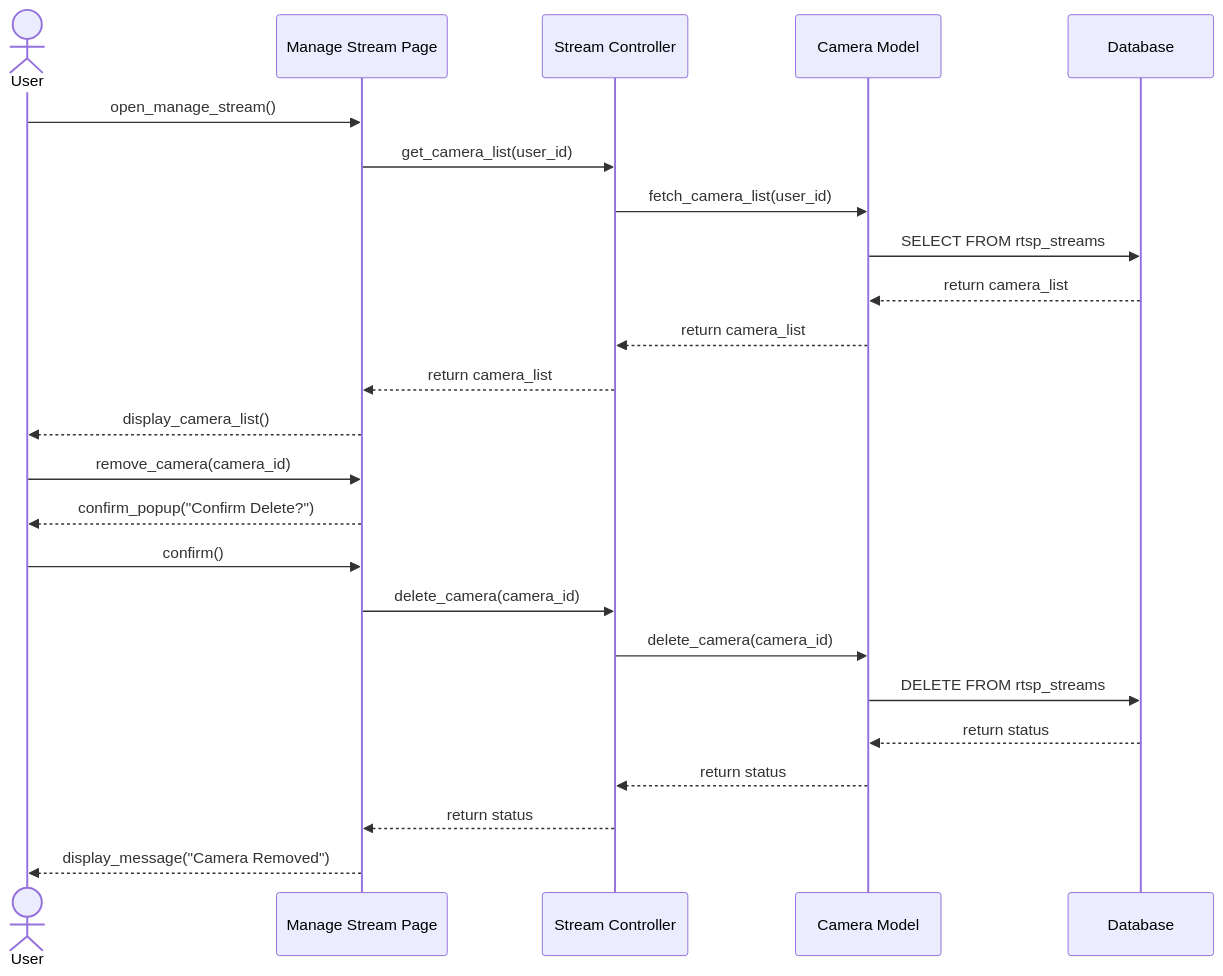
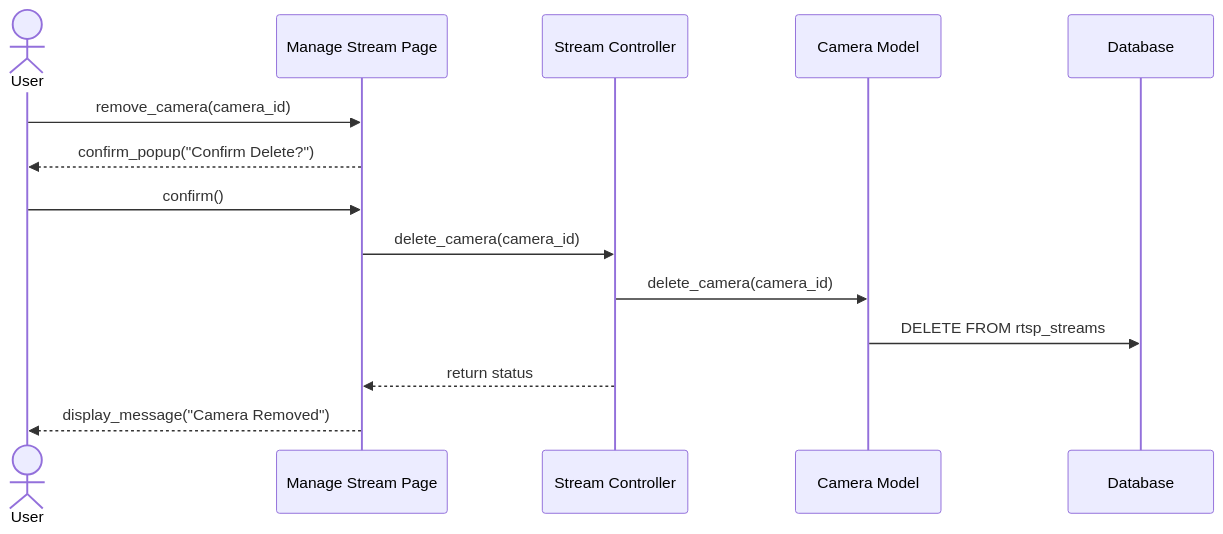
One commit to Tanaphat-Ken/ALPR-V2 changed diagram 16 of 20 in SYSTEM_DIAGRAMS.md. Above: the diagram before and after it, drawn with Mermaid. The commit also changed other lines of this file, not shown here.

First line of the commit message:
docs: trim sequence diagrams and split combined flows into separate diagrams

````diff
--- a/SYSTEM_DIAGRAMS.md
+++ b/SYSTEM_DIAGRAMS.md
@@ -630,28 +616,17 @@
 ```mermaid
 sequenceDiagram
     actor User
     participant StreamPage as Manage Stream Page
     participant StreamController as Stream Controller
     participant CameraModel as Camera Model
     participant DB as Database
 
-    User->>StreamPage: open_manage_stream()
-    StreamPage->>StreamController: get_camera_list(user_id)
-    StreamController->>CameraModel: fetch_camera_list(user_id)
-    CameraModel->>DB: SELECT FROM rtsp_streams
-    DB-->>CameraModel: return camera_list
-    CameraModel-->>StreamController: return camera_list
-    StreamController-->>StreamPage: return camera_list
-    StreamPage-->>User: display_camera_list()
-
     User->>StreamPage: remove_camera(camera_id)
     StreamPage-->>User: confirm_popup("Confirm Delete?")
     User->>StreamPage: confirm()
     StreamPage->>StreamController: delete_camera(camera_id)
     StreamController->>CameraModel: delete_camera(camera_id)
     CameraModel->>DB: DELETE FROM rtsp_streams
-    DB-->>CameraModel: return status
-    CameraModel-->>StreamController: return status
     StreamController-->>StreamPage: return status
     StreamPage-->>User: display_message("Camera Removed")
 ```
````
